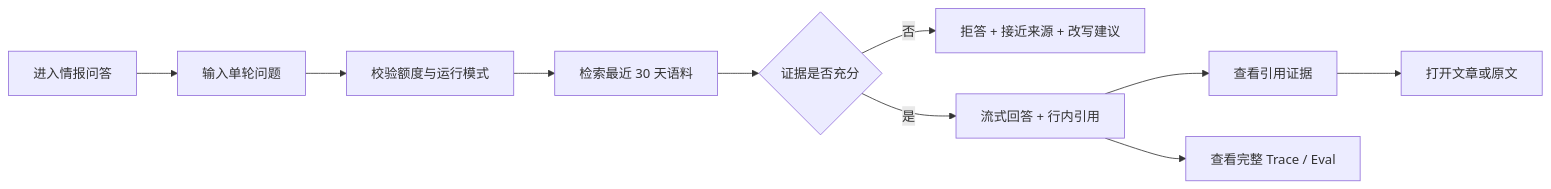
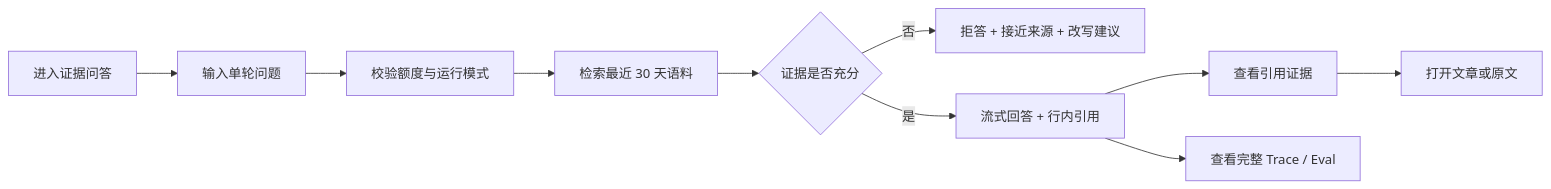
One commit to Dyj0926D/newseviday changed the sixth of 8 diagrams in prd/NewsEviday-PRD.md. Above: the diagram before and after it, drawn with Mermaid. The commit also changed other lines of this file and 45 other files, not shown here.

Commit message:
feat: align public copy and architecture

````diff
--- a/prd/NewsEviday-PRD.md
+++ b/prd/NewsEviday-PRD.md
@@ -1354,12 +1357,12 @@
 ```mermaid
 flowchart LR
-    A["进入情报问答"] --> B["输入单轮问题"]
+    A["进入证据问答"] --> B["输入单轮问题"]
     B --> C["校验额度与运行模式"]
     C --> D["检索最近 30 天语料"]
     D --> E{"证据是否充分"}
     E -- "否" --> F["拒答 + 接近来源 + 改写建议"]
     E -- "是" --> G["流式回答 + 行内引用"]
     G --> H["查看引用证据"]
     H --> I["打开文章或原文"]
     G --> J["查看完整 Trace / Eval"]
 ```
````
